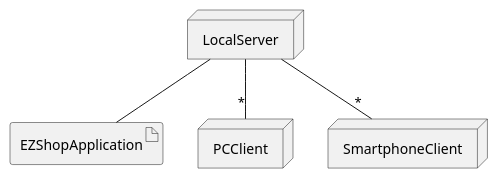
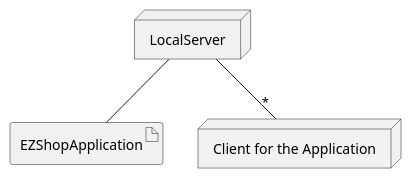
Before and after one commit to Ralls0/ezshop: the fourth of 4 diagrams in Deliverables/RequirementsDocument.md, drawn with PlantUML.

````diff
--- a/Deliverables/RequirementsDocument.md
+++ b/Deliverables/RequirementsDocument.md
@@ -967,14 +967,12 @@
 ```plantuml
 @startuml
 
 node LocalServer
 artifact EZShopApplication
-node PCClient
-node SmartphoneClient
+node "Client for the Application"
 
 LocalServer -- EZShopApplication
-LocalServer -- "*" PCClient
-LocalServer -- "*" SmartphoneClient 
+LocalServer -- "*" "Client for the Application"
 
 @enduml
 ```
````
